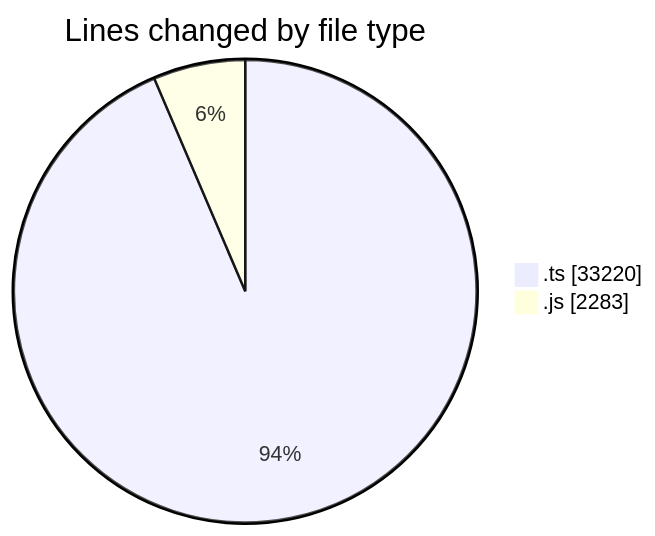
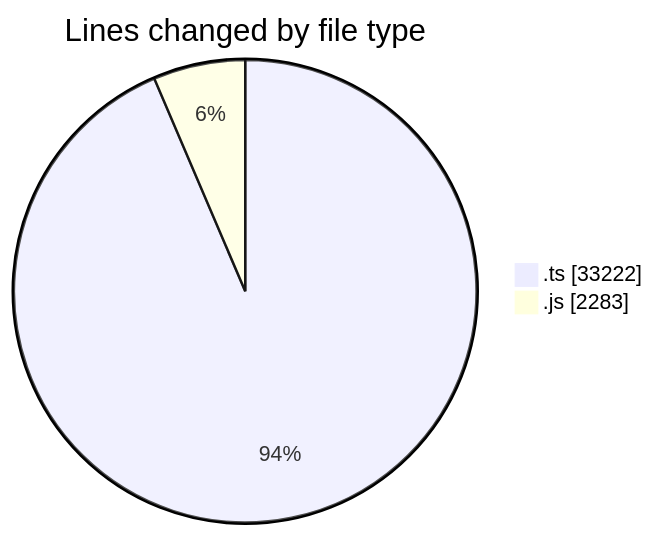
One commit to momahboobian/code-tracking changed the first of 2 diagrams in 2025-06-27/cda/README.md. Above: the diagram before and after it, drawn with Mermaid. The commit also changed other lines of this file and 1 other file, not shown here.

````diff
--- a/2025-06-27/cda/README.md
+++ b/2025-06-27/cda/README.md
@@ -32,6 +32,6 @@
 ```mermaid
 pie showData
 title Lines changed by file type
-".ts" : 33220
+".ts" : 33222
 ".js" : 2283
 ```
````
